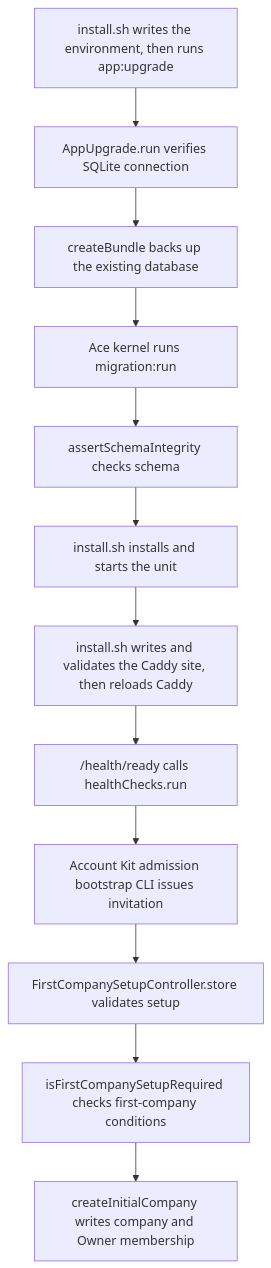
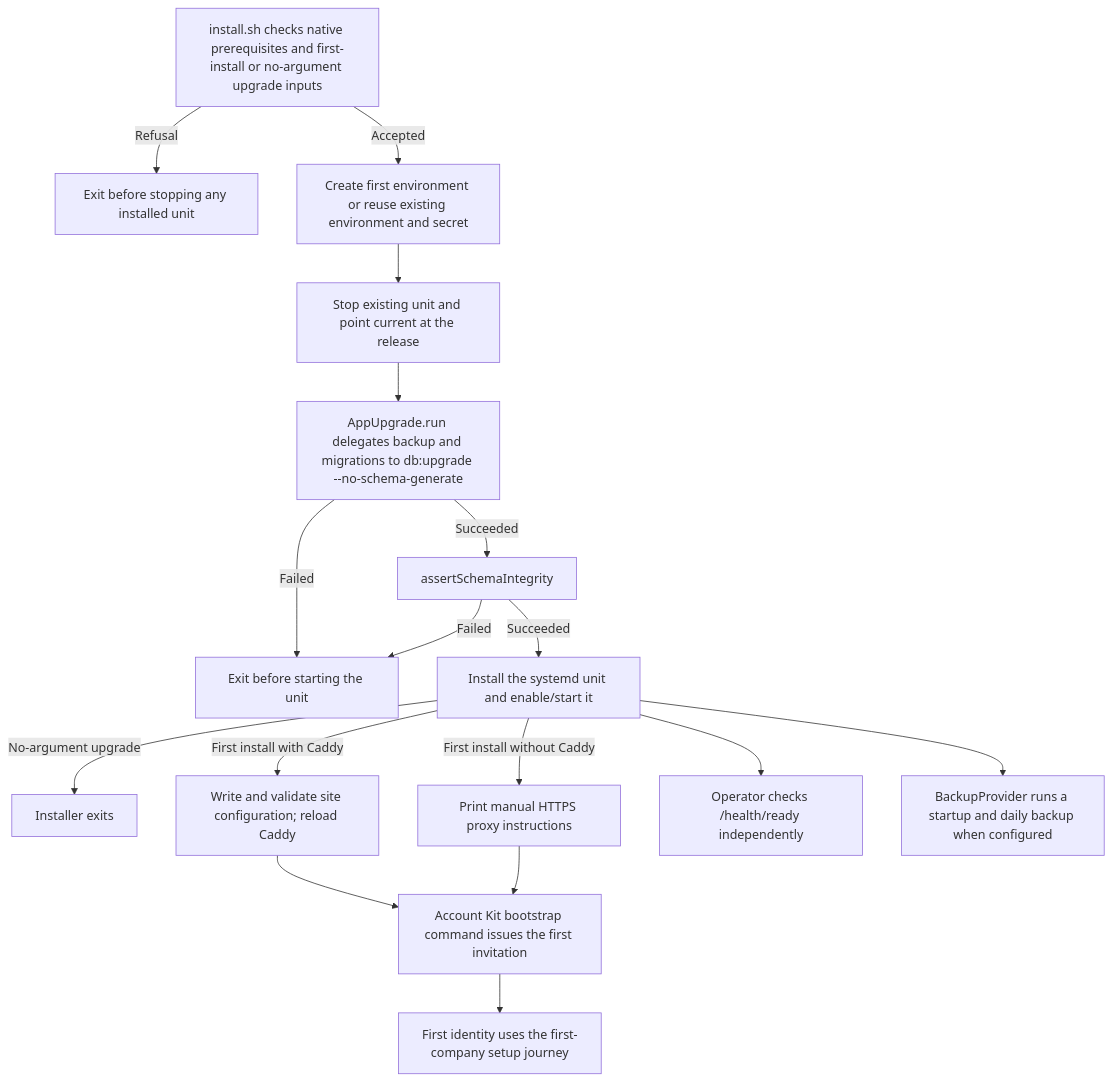
One commit to Kevinjohn/capacitylens changed the second of 2 diagrams in user-stories/installation/US-INS-01-install-one-agency.md. Above: the diagram before and after it, drawn with Mermaid. The commit also changed other lines of this file and 172 other files, not shown here.

Commit message:
docs: reconcile user story code flows with source

````diff
--- a/user-stories/installation/US-INS-01-install-one-agency.md
+++ b/user-stories/installation/US-INS-01-install-one-agency.md
@@ -37,14 +37,19 @@
 ```mermaid
 flowchart TD
-  installer["install.sh writes the environment, then runs app:upgrade"] --> upgrade["AppUpgrade.run verifies SQLite connection"]
-  upgrade --> backup["createBundle backs up the existing database"]
-  backup --> migrate["Ace kernel runs migration:run"]
-  migrate --> integrity["assertSchemaIntegrity checks schema"]
-  integrity --> service["install.sh installs and starts the unit"]
-  service --> caddy["install.sh writes and validates the Caddy site, then reloads Caddy"]
-  caddy --> ready["/health/ready calls healthChecks.run"]
-  ready --> bootstrap["Account Kit admission bootstrap CLI issues invitation"]
-  bootstrap --> browser["FirstCompanySetupController.store validates setup"]
-  browser --> guard["isFirstCompanySetupRequired checks first-company conditions"]
-  guard --> create["createInitialCompany writes company and Owner membership"]
+  start["install.sh checks native prerequisites and first-install or no-argument upgrade inputs"] -->|Refusal| preflight["Exit before stopping any installed unit"]
+  start -->|Accepted| env["Create first environment or reuse existing environment and secret"]
+  env --> stop["Stop existing unit and point current at the release"]
+  stop --> upgrade["AppUpgrade.run delegates backup and migrations to db:upgrade --no-schema-generate"]
+  upgrade -->|Succeeded| integrity["assertSchemaIntegrity"]
+  upgrade -->|Failed| stopped["Exit before starting the unit"]
+  integrity -->|Failed| stopped
+  integrity -->|Succeeded| service["Install the systemd unit and enable/start it"]
+  service -->|No-argument upgrade| exitUpgrade["Installer exits"]
+  service -->|First install with Caddy| caddy["Write and validate site configuration; reload Caddy"]
+  service -->|First install without Caddy| proxy["Print manual HTTPS proxy instructions"]
+  caddy --> bootstrap["Account Kit bootstrap command issues the first invitation"]
+  proxy --> bootstrap
+  service --> probe["Operator checks /health/ready independently"]
+  service --> backup["BackupProvider runs a startup and daily backup when configured"]
+  bootstrap --> boundary["First identity uses the first-company setup journey"]
 ```
````
